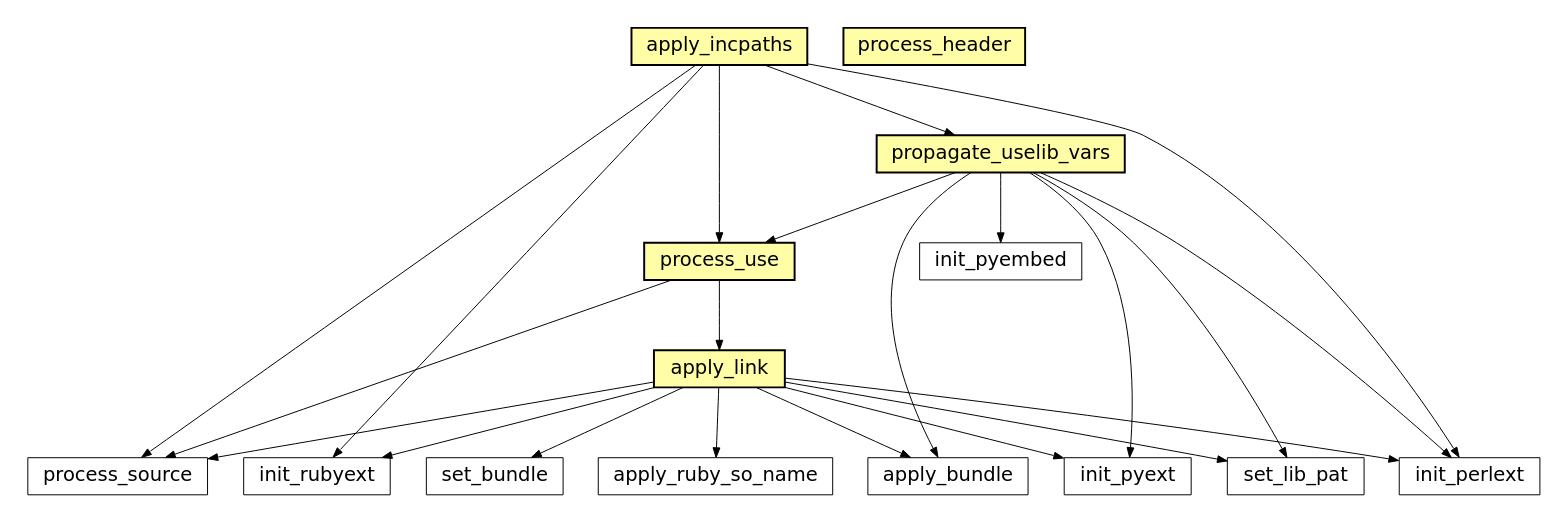
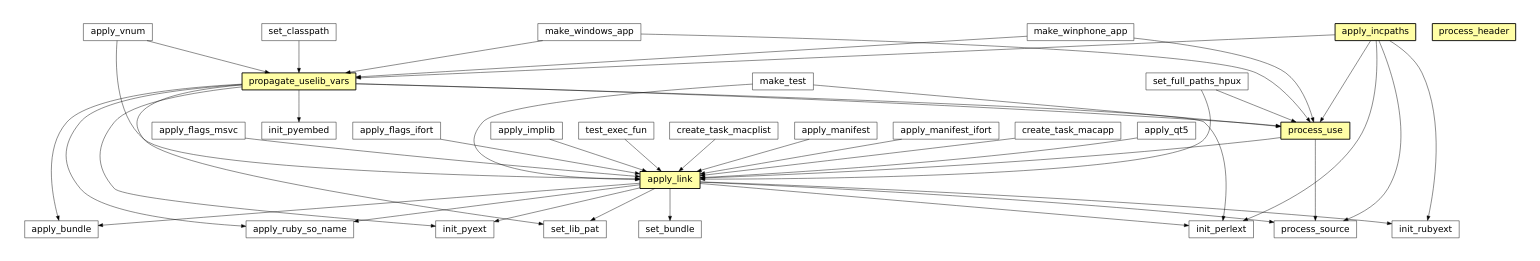
One commit to electronicvisions/waf changed the tenth of 45 diagrams in docs/sphinx/featuremap.rst. Above: the diagram before and after it, drawn with Graphviz. The commit also changed other lines of this file and 1 other file, not shown here.

```diff
--- a/docs/sphinx/featuremap.rst
+++ b/docs/sphinx/featuremap.rst
@@ -318,40 +453,76 @@
 .. graphviz::
 
 	digraph feature_d {
 		size="8.0, 12.0";
-		process_use [style="setlinewidth(0.5)",URL="tools/ccroot.html#waflib.Tools.ccroot.process_use",target="_top",fontname="Vera Sans, DejaVu Sans, Liberation Sans, Arial, Helvetica, sans",height=0.25,shape="rectangle",fontsize=10,fillcolor="#fffea6",style=filled];
-		process_header [style="setlinewidth(0.5)",URL="tools/d.html#waflib.Tools.d.process_header",target="_top",fontname="Vera Sans, DejaVu Sans, Liberation Sans, Arial, Helvetica, sans",height=0.25,shape="rectangle",fontsize=10,fillcolor="#fffea6",style=filled];
-		apply_ruby_so_name [style="setlinewidth(0.5)",URL="tools/ruby.html#waflib.Tools.ruby.apply_ruby_so_name",target="_top",fontname="Vera Sans, DejaVu Sans, Liberation Sans, Arial, Helvetica, sans",height=0.25,shape="rectangle",fontsize=10];
-		process_source [style="setlinewidth(0.5)",URL="TaskGen.html#waflib.TaskGen.process_source",target="_top",fontname="Vera Sans, DejaVu Sans, Liberation Sans, Arial, Helvetica, sans",height=0.25,shape="rectangle",fontsize=10];
-		apply_incpaths [style="setlinewidth(0.5)",URL="tools/ccroot.html#waflib.Tools.ccroot.apply_incpaths",target="_top",fontname="Vera Sans, DejaVu Sans, Liberation Sans, Arial, Helvetica, sans",height=0.25,shape="rectangle",fontsize=10,fillcolor="#fffea6",style=filled];
-		apply_link [style="setlinewidth(0.5)",URL="tools/ccroot.html#waflib.Tools.ccroot.apply_link",target="_top",fontname="Vera Sans, DejaVu Sans, Liberation Sans, Arial, Helvetica, sans",height=0.25,shape="rectangle",fontsize=10,fillcolor="#fffea6",style=filled];
-		init_pyext [style="setlinewidth(0.5)",URL="tools/python.html#waflib.Tools.python.init_pyext",target="_top",fontname="Vera Sans, DejaVu Sans, Liberation Sans, Arial, Helvetica, sans",height=0.25,shape="rectangle",fontsize=10];
-		init_rubyext [style="setlinewidth(0.5)",URL="tools/ruby.html#waflib.Tools.ruby.init_rubyext",target="_top",fontname="Vera Sans, DejaVu Sans, Liberation Sans, Arial, Helvetica, sans",height=0.25,shape="rectangle",fontsize=10];
-		init_perlext [style="setlinewidth(0.5)",URL="tools/perl.html#waflib.Tools.perl.init_perlext",target="_top",fontname="Vera Sans, DejaVu Sans, Liberation Sans, Arial, Helvetica, sans",height=0.25,shape="rectangle",fontsize=10];
-		set_bundle [style="setlinewidth(0.5)",URL="tools/python.html#waflib.Tools.python.set_bundle",target="_top",fontname="Vera Sans, DejaVu Sans, Liberation Sans, Arial, Helvetica, sans",height=0.25,shape="rectangle",fontsize=10];
-		set_lib_pat [style="setlinewidth(0.5)",URL="tools/fc_config.html#waflib.Tools.fc_config.set_lib_pat",target="_top",fontname="Vera Sans, DejaVu Sans, Liberation Sans, Arial, Helvetica, sans",height=0.25,shape="rectangle",fontsize=10];
-		propagate_uselib_vars [style="setlinewidth(0.5)",URL="tools/ccroot.html#waflib.Tools.ccroot.propagate_uselib_vars",target="_top",fontname="Vera Sans, DejaVu Sans, Liberation Sans, Arial, Helvetica, sans",height=0.25,shape="rectangle",fontsize=10,fillcolor="#fffea6",style=filled];
-		init_pyembed [style="setlinewidth(0.5)",URL="tools/python.html#waflib.Tools.python.init_pyembed",target="_top",fontname="Vera Sans, DejaVu Sans, Liberation Sans, Arial, Helvetica, sans",height=0.25,shape="rectangle",fontsize=10];
-		apply_bundle [style="setlinewidth(0.5)",URL="tools/c_osx.html#waflib.Tools.c_osx.apply_bundle",target="_top",fontname="Vera Sans, DejaVu Sans, Liberation Sans, Arial, Helvetica, sans",height=0.25,shape="rectangle",fontsize=10];
-		"process_use" -> "apply_link" [arrowsize=0.5,style="setlinewidth(0.5)"];
-		"process_use" -> "process_source" [arrowsize=0.5,style="setlinewidth(0.5)"];
+		"make_test" [style="setlinewidth(0.5)",URL="tools/waf_unit_test.html#waflib.Tools.waf_unit_test.make_test",target="_top",fontname="Vera Sans, DejaVu Sans, Liberation Sans, Arial, Helvetica, sans",height=0.25,shape="rectangle",fontsize=10];
+		"apply_incpaths" [style="setlinewidth(0.5)",URL="tools/ccroot.html#waflib.Tools.ccroot.apply_incpaths",target="_top",fontname="Vera Sans, DejaVu Sans, Liberation Sans, Arial, Helvetica, sans",height=0.25,shape="rectangle",fontsize=10,fillcolor="#fffea6",style=filled];
+		"set_bundle" [style="setlinewidth(0.5)",URL="tools/python.html#waflib.Tools.python.set_bundle",target="_top",fontname="Vera Sans, DejaVu Sans, Liberation Sans, Arial, Helvetica, sans",height=0.25,shape="rectangle",fontsize=10];
+		"set_lib_pat" [style="setlinewidth(0.5)",URL="tools/fc_config.html#waflib.Tools.fc_config.set_lib_pat",target="_top",fontname="Vera Sans, DejaVu Sans, Liberation Sans, Arial, Helvetica, sans",height=0.25,shape="rectangle",fontsize=10];
+		"apply_flags_ifort" [style="setlinewidth(0.5)",URL="tools/ifort.html#waflib.Tools.ifort.apply_flags_ifort",target="_top",fontname="Vera Sans, DejaVu Sans, Liberation Sans, Arial, Helvetica, sans",height=0.25,shape="rectangle",fontsize=10];
+		"apply_bundle" [style="setlinewidth(0.5)",URL="tools/c_osx.html#waflib.Tools.c_osx.apply_bundle",target="_top",fontname="Vera Sans, DejaVu Sans, Liberation Sans, Arial, Helvetica, sans",height=0.25,shape="rectangle",fontsize=10];
+		"process_use" [style="setlinewidth(0.5)",URL="tools/ccroot.html#waflib.Tools.ccroot.process_use",target="_top",fontname="Vera Sans, DejaVu Sans, Liberation Sans, Arial, Helvetica, sans",height=0.25,shape="rectangle",fontsize=10,fillcolor="#fffea6",style=filled];
+		"apply_implib" [style="setlinewidth(0.5)",URL="tools/ccroot.html#waflib.Tools.ccroot.apply_implib",target="_top",fontname="Vera Sans, DejaVu Sans, Liberation Sans, Arial, Helvetica, sans",height=0.25,shape="rectangle",fontsize=10];
+		"apply_ruby_so_name" [style="setlinewidth(0.5)",URL="tools/ruby.html#waflib.Tools.ruby.apply_ruby_so_name",target="_top",fontname="Vera Sans, DejaVu Sans, Liberation Sans, Arial, Helvetica, sans",height=0.25,shape="rectangle",fontsize=10];
+		"set_full_paths_hpux" [style="setlinewidth(0.5)",URL="tools/ccroot.html#waflib.Tools.ccroot.set_full_paths_hpux",target="_top",fontname="Vera Sans, DejaVu Sans, Liberation Sans, Arial, Helvetica, sans",height=0.25,shape="rectangle",fontsize=10];
+		"test_exec_fun" [style="setlinewidth(0.5)",URL="tools/c_config.html#waflib.Tools.c_config.test_exec_fun",target="_top",fontname="Vera Sans, DejaVu Sans, Liberation Sans, Arial, Helvetica, sans",height=0.25,shape="rectangle",fontsize=10];
+		"apply_link" [style="setlinewidth(0.5)",URL="tools/ccroot.html#waflib.Tools.ccroot.apply_link",target="_top",fontname="Vera Sans, DejaVu Sans, Liberation Sans, Arial, Helvetica, sans",height=0.25,shape="rectangle",fontsize=10,fillcolor="#fffea6",style=filled];
+		"init_pyext" [style="setlinewidth(0.5)",URL="tools/python.html#waflib.Tools.python.init_pyext",target="_top",fontname="Vera Sans, DejaVu Sans, Liberation Sans, Arial, Helvetica, sans",height=0.25,shape="rectangle",fontsize=10];
+		"init_rubyext" [style="setlinewidth(0.5)",URL="tools/ruby.html#waflib.Tools.ruby.init_rubyext",target="_top",fontname="Vera Sans, DejaVu Sans, Liberation Sans, Arial, Helvetica, sans",height=0.25,shape="rectangle",fontsize=10];
+		"apply_vnum" [style="setlinewidth(0.5)",URL="tools/ccroot.html#waflib.Tools.ccroot.apply_vnum",target="_top",fontname="Vera Sans, DejaVu Sans, Liberation Sans, Arial, Helvetica, sans",height=0.25,shape="rectangle",fontsize=10];
+		"create_task_macplist" [style="setlinewidth(0.5)",URL="tools/c_osx.html#waflib.Tools.c_osx.create_task_macplist",target="_top",fontname="Vera Sans, DejaVu Sans, Liberation Sans, Arial, Helvetica, sans",height=0.25,shape="rectangle",fontsize=10];
+		"make_windows_app" [style="setlinewidth(0.5)",URL="tools/msvc.html#waflib.Tools.msvc.make_windows_app",target="_top",fontname="Vera Sans, DejaVu Sans, Liberation Sans, Arial, Helvetica, sans",height=0.25,shape="rectangle",fontsize=10];
+		"process_header" [style="setlinewidth(0.5)",URL="tools/d.html#waflib.Tools.d.process_header",target="_top",fontname="Vera Sans, DejaVu Sans, Liberation Sans, Arial, Helvetica, sans",height=0.25,shape="rectangle",fontsize=10,fillcolor="#fffea6",style=filled];
+		"apply_manifest" [style="setlinewidth(0.5)",URL="tools/msvc.html#waflib.Tools.msvc.apply_manifest",target="_top",fontname="Vera Sans, DejaVu Sans, Liberation Sans, Arial, Helvetica, sans",height=0.25,shape="rectangle",fontsize=10];
+		"process_source" [style="setlinewidth(0.5)",URL="TaskGen.html#waflib.TaskGen.process_source",target="_top",fontname="Vera Sans, DejaVu Sans, Liberation Sans, Arial, Helvetica, sans",height=0.25,shape="rectangle",fontsize=10];
+		"apply_manifest_ifort" [style="setlinewidth(0.5)",URL="tools/ifort.html#waflib.Tools.ifort.apply_manifest_ifort",target="_top",fontname="Vera Sans, DejaVu Sans, Liberation Sans, Arial, Helvetica, sans",height=0.25,shape="rectangle",fontsize=10];
+		"make_winphone_app" [style="setlinewidth(0.5)",URL="tools/msvc.html#waflib.Tools.msvc.make_winphone_app",target="_top",fontname="Vera Sans, DejaVu Sans, Liberation Sans, Arial, Helvetica, sans",height=0.25,shape="rectangle",fontsize=10];
+		"set_classpath" [style="setlinewidth(0.5)",URL="tools/javaw.html#waflib.Tools.javaw.set_classpath",target="_top",fontname="Vera Sans, DejaVu Sans, Liberation Sans, Arial, Helvetica, sans",height=0.25,shape="rectangle",fontsize=10];
+		"init_pyembed" [style="setlinewidth(0.5)",URL="tools/python.html#waflib.Tools.python.init_pyembed",target="_top",fontname="Vera Sans, DejaVu Sans, Liberation Sans, Arial, Helvetica, sans",height=0.25,shape="rectangle",fontsize=10];
+		"init_perlext" [style="setlinewidth(0.5)",URL="tools/perl.html#waflib.Tools.perl.init_perlext",target="_top",fontname="Vera Sans, DejaVu Sans, Liberation Sans, Arial, Helvetica, sans",height=0.25,shape="rectangle",fontsize=10];
+		"create_task_macapp" [style="setlinewidth(0.5)",URL="tools/c_osx.html#waflib.Tools.c_osx.create_task_macapp",target="_top",fontname="Vera Sans, DejaVu Sans, Liberation Sans, Arial, Helvetica, sans",height=0.25,shape="rectangle",fontsize=10];
+		"apply_qt5" [style="setlinewidth(0.5)",URL="tools/qt5.html#waflib.Tools.qt5.apply_qt5",target="_top",fontname="Vera Sans, DejaVu Sans, Liberation Sans, Arial, Helvetica, sans",height=0.25,shape="rectangle",fontsize=10];
+		"apply_flags_msvc" [style="setlinewidth(0.5)",URL="tools/msvc.html#waflib.Tools.msvc.apply_flags_msvc",target="_top",fontname="Vera Sans, DejaVu Sans, Liberation Sans, Arial, Helvetica, sans",height=0.25,shape="rectangle",fontsize=10];
+		"propagate_uselib_vars" [style="setlinewidth(0.5)",URL="tools/ccroot.html#waflib.Tools.ccroot.propagate_uselib_vars",target="_top",fontname="Vera Sans, DejaVu Sans, Liberation Sans, Arial, Helvetica, sans",height=0.25,shape="rectangle",fontsize=10,fillcolor="#fffea6",style=filled];
+		"make_test" -> "apply_link" [arrowsize=0.5,style="setlinewidth(0.5)"];
+		"make_test" -> "process_use" [arrowsize=0.5,style="setlinewidth(0.5)"];
 		"apply_incpaths" -> "propagate_uselib_vars" [arrowsize=0.5,style="setlinewidth(0.5)"];
 		"apply_incpaths" -> "process_source" [arrowsize=0.5,style="setlinewidth(0.5)"];
 		"apply_incpaths" -> "process_use" [arrowsize=0.5,style="setlinewidth(0.5)"];
 		"apply_incpaths" -> "init_rubyext" [arrowsize=0.5,style="setlinewidth(0.5)"];
 		"apply_incpaths" -> "init_perlext" [arrowsize=0.5,style="setlinewidth(0.5)"];
-		"propagate_uselib_vars" -> "apply_bundle" [arrowsize=0.5,style="setlinewidth(0.5)"];
-		"propagate_uselib_vars" -> "process_use" [arrowsize=0.5,style="setlinewidth(0.5)"];
-		"propagate_uselib_vars" -> "set_lib_pat" [arrowsize=0.5,style="setlinewidth(0.5)"];
-		"propagate_uselib_vars" -> "init_perlext" [arrowsize=0.5,style="setlinewidth(0.5)"];
-		"propagate_uselib_vars" -> "init_pyext" [arrowsize=0.5,style="setlinewidth(0.5)"];
-		"propagate_uselib_vars" -> "init_pyembed" [arrowsize=0.5,style="setlinewidth(0.5)"];
+		"apply_flags_ifort" -> "apply_link" [arrowsize=0.5,style="setlinewidth(0.5)"];
+		"process_use" -> "apply_link" [arrowsize=0.5,style="setlinewidth(0.5)"];
+		"process_use" -> "process_source" [arrowsize=0.5,style="setlinewidth(0.5)"];
+		"apply_qt5" -> "apply_link" [arrowsize=0.5,style="setlinewidth(0.5)"];
+		"set_full_paths_hpux" -> "apply_link" [arrowsize=0.5,style="setlinewidth(0.5)"];
+		"set_full_paths_hpux" -> "process_use" [arrowsize=0.5,style="setlinewidth(0.5)"];
 		"apply_link" -> "apply_bundle" [arrowsize=0.5,style="setlinewidth(0.5)"];
 		"apply_link" -> "process_source" [arrowsize=0.5,style="setlinewidth(0.5)"];
 		"apply_link" -> "set_lib_pat" [arrowsize=0.5,style="setlinewidth(0.5)"];
 		"apply_link" -> "init_rubyext" [arrowsize=0.5,style="setlinewidth(0.5)"];
 		"apply_link" -> "apply_ruby_so_name" [arrowsize=0.5,style="setlinewidth(0.5)"];
 		"apply_link" -> "init_perlext" [arrowsize=0.5,style="setlinewidth(0.5)"];
 		"apply_link" -> "init_pyext" [arrowsize=0.5,style="setlinewidth(0.5)"];
 		"apply_link" -> "set_bundle" [arrowsize=0.5,style="setlinewidth(0.5)"];
+		"apply_vnum" -> "apply_link" [arrowsize=0.5,style="setlinewidth(0.5)"];
+		"apply_vnum" -> "propagate_uselib_vars" [arrowsize=0.5,style="setlinewidth(0.5)"];
+		"create_task_macplist" -> "apply_link" [arrowsize=0.5,style="setlinewidth(0.5)"];
+		"make_windows_app" -> "propagate_uselib_vars" [arrowsize=0.5,style="setlinewidth(0.5)"];
+		"make_windows_app" -> "process_use" [arrowsize=0.5,style="setlinewidth(0.5)"];
+		"apply_manifest" -> "apply_link" [arrowsize=0.5,style="setlinewidth(0.5)"];
+		"test_exec_fun" -> "apply_link" [arrowsize=0.5,style="setlinewidth(0.5)"];
+		"apply_manifest_ifort" -> "apply_link" [arrowsize=0.5,style="setlinewidth(0.5)"];
+		"make_winphone_app" -> "propagate_uselib_vars" [arrowsize=0.5,style="setlinewidth(0.5)"];
+		"make_winphone_app" -> "process_use" [arrowsize=0.5,style="setlinewidth(0.5)"];
+		"set_classpath" -> "propagate_uselib_vars" [arrowsize=0.5,style="setlinewidth(0.5)"];
+		"create_task_macapp" -> "apply_link" [arrowsize=0.5,style="setlinewidth(0.5)"];
+		"apply_implib" -> "apply_link" [arrowsize=0.5,style="setlinewidth(0.5)"];
+		"apply_flags_msvc" -> "apply_link" [arrowsize=0.5,style="setlinewidth(0.5)"];
+		"propagate_uselib_vars" -> "apply_bundle" [arrowsize=0.5,style="setlinewidth(0.5)"];
+		"propagate_uselib_vars" -> "process_use" [arrowsize=0.5,style="setlinewidth(0.5)"];
+		"propagate_uselib_vars" -> "set_lib_pat" [arrowsize=0.5,style="setlinewidth(0.5)"];
+		"propagate_uselib_vars" -> "apply_ruby_so_name" [arrowsize=0.5,style="setlinewidth(0.5)"];
+		"propagate_uselib_vars" -> "init_perlext" [arrowsize=0.5,style="setlinewidth(0.5)"];
+		"propagate_uselib_vars" -> "init_pyext" [arrowsize=0.5,style="setlinewidth(0.5)"];
+		"propagate_uselib_vars" -> "init_pyembed" [arrowsize=0.5,style="setlinewidth(0.5)"];
 	}
```
